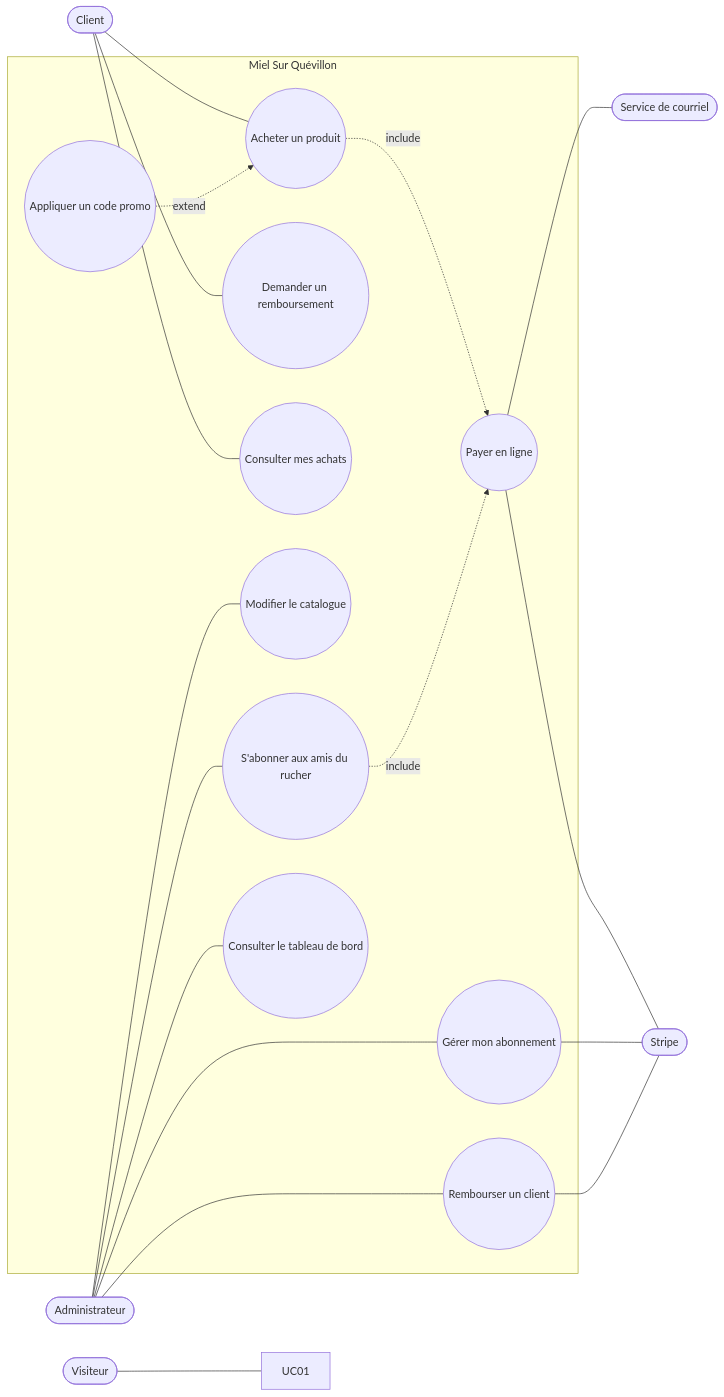
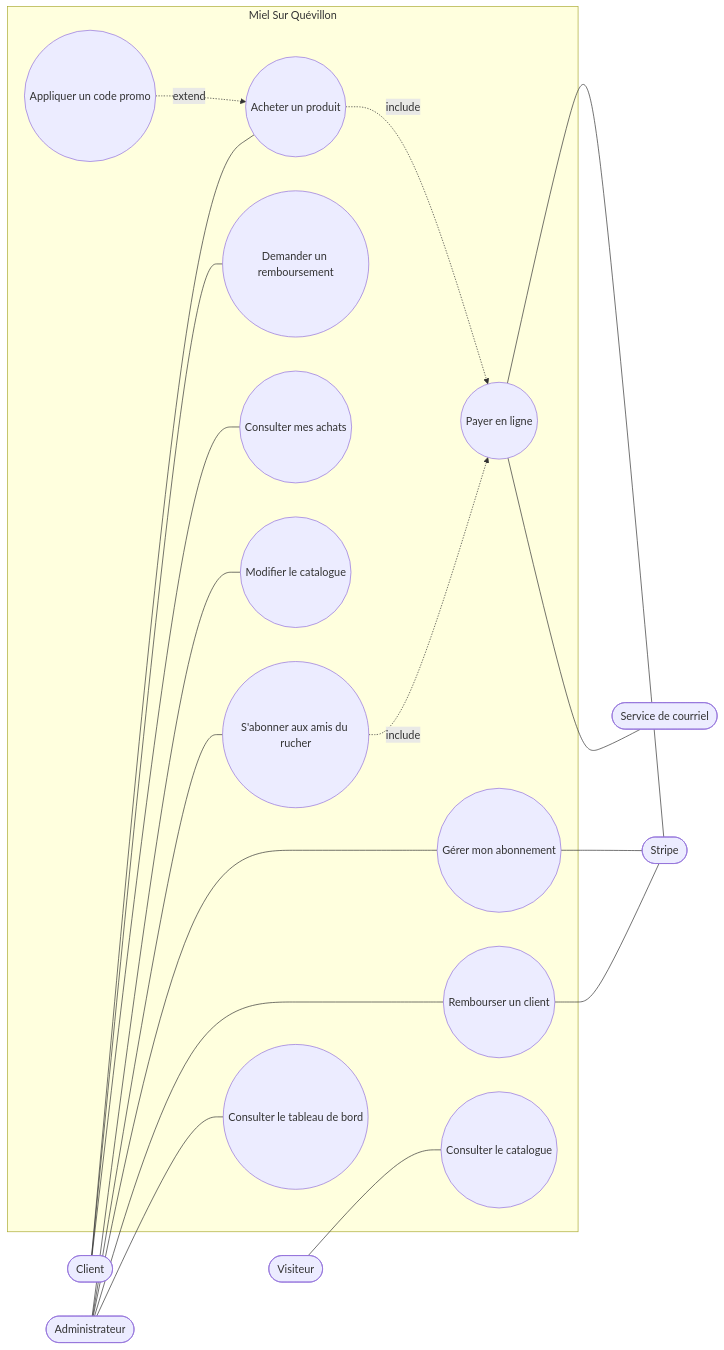
Before and after one commit to Grindy/LeMiel-sur-Quevillon: the first of 3 diagrams in docs/cahier-des-charges.md, drawn with Mermaid.

Commit message:
Add use case for consulting the catalog

````diff
--- a/docs/cahier-des-charges.md
+++ b/docs/cahier-des-charges.md
@@ -258,37 +258,37 @@
 ```mermaid
 flowchart LR
   Visiteur([Visiteur])
   Client([Client])
   Administrateur([Administrateur])
   Stripe([Stripe])
   Courriel([Service de courriel])
   subgraph Miel Sur Quévillon
-    
+    UC01((Consulter le catalogue))
     UC02((Acheter un produit))
     UC03((Demander un remboursement))
     UC04((Consulter mes achats))
     UC06((Modifier le catalogue))
     UC07((S'abonner aux amis du rucher))
     UC08((Gérer mon abonnement))
     UC09((Payer en ligne))
     UC10((Rembourser un client))
     UC11((Appliquer un code promo))
     UC12((Consulter le tableau de bord))
   end
   Visiteur --- UC01
   Client --- UC02
   Client --- UC03
   Client --- UC04
   Administrateur --- UC06
   Administrateur --- UC07
   Administrateur --- UC08
   Administrateur --- UC10
   Administrateur --- UC12
   UC02 -. include .-> UC09
   UC07 -. include .-> UC09
   UC11 -. extend .-> UC02
   UC09 --- Stripe
   UC09 --- Courriel
   UC08 --- Stripe
   UC10 --- Stripe
 ```
````
